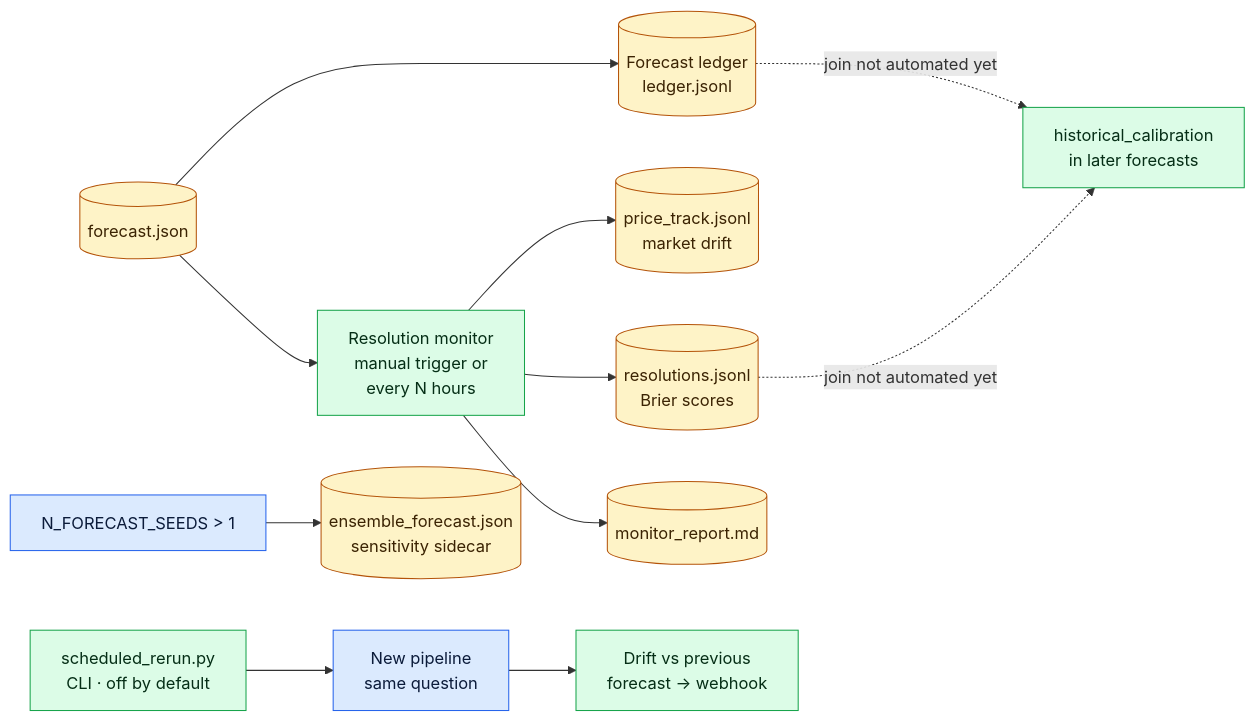
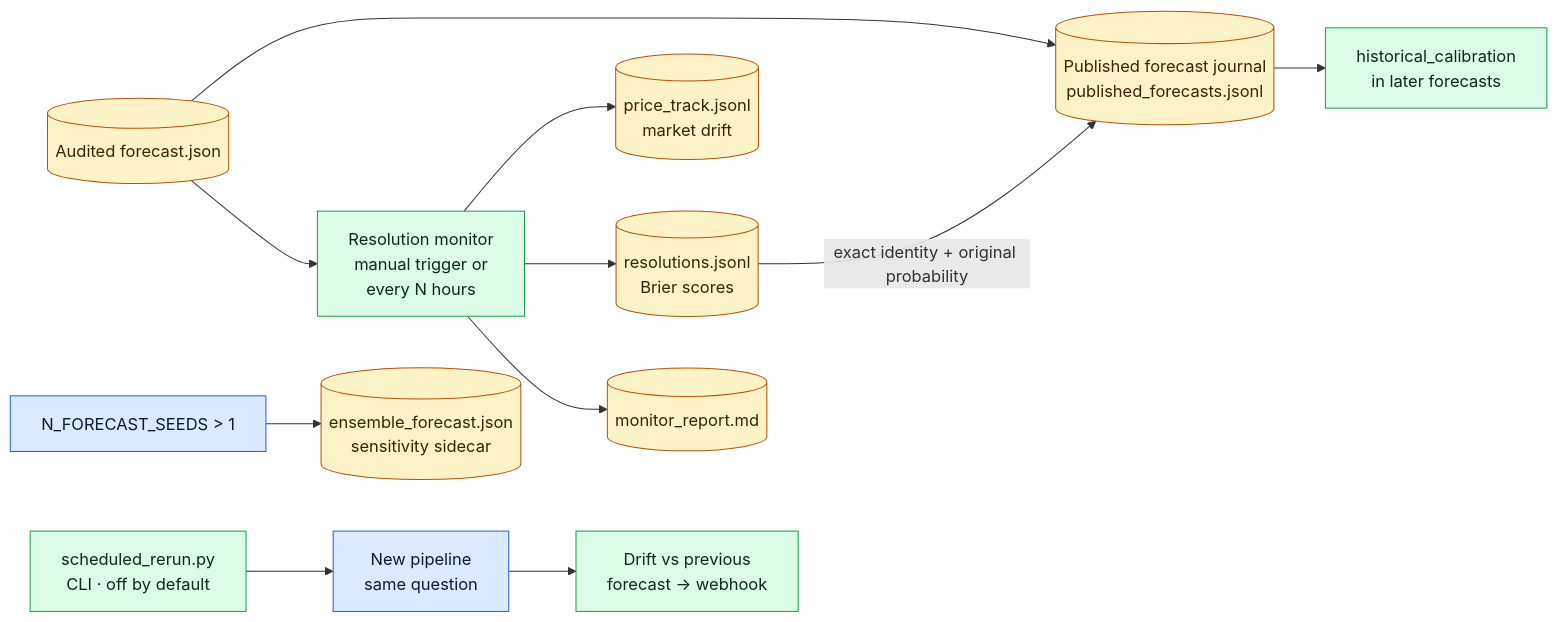
One commit to linroger/DeepResearchForecast changed diagram 13 of 16 in README.md. Above: the diagram before and after it, drawn with Mermaid. The commit also changed other lines of this file and 76 other files, not shown here.

````diff
--- a/README.md
+++ b/README.md
@@ -1148,15 +1148,15 @@
 ```mermaid
 flowchart LR
-    FJ[("forecast.json")]:::store --> LED[("Forecast ledger<br/>ledger.jsonl")]:::store
+    FJ[("Audited forecast.json")]:::store --> LED[("Published forecast journal<br/>published_forecasts.jsonl")]:::store
     FJ --> MON["Resolution monitor<br/>manual trigger or<br/>every N hours"]:::det
     MON --> PT[("price_track.jsonl<br/>market drift")]:::store
     MON --> RES[("resolutions.jsonl<br/>Brier scores")]:::store
     MON --> MR[("monitor_report.md")]:::store
-    LED -. "join not automated yet" .-> CAL["historical_calibration<br/>in later forecasts"]:::det
-    RES -. "join not automated yet" .-> CAL
+    LED --> CAL["historical_calibration<br/>in later forecasts"]:::det
+    RES -- "exact identity + original probability" --> LED
     SCH["scheduled_rerun.py<br/>CLI · off by default"]:::det --> NEW["New pipeline<br/>same question"]:::proc --> DRIFT["Drift vs previous<br/>forecast → webhook"]:::det
     ENS["N_FORECAST_SEEDS > 1"]:::proc --> EF[("ensemble_forecast.json<br/>sensitivity sidecar")]:::store
     classDef proc fill:#dbeafe,stroke:#2563eb,color:#0b1b3a
     classDef det fill:#dcfce7,stroke:#16a34a,color:#052e16
     classDef store fill:#fef3c7,stroke:#b45309,color:#3b2303
 ```
````
